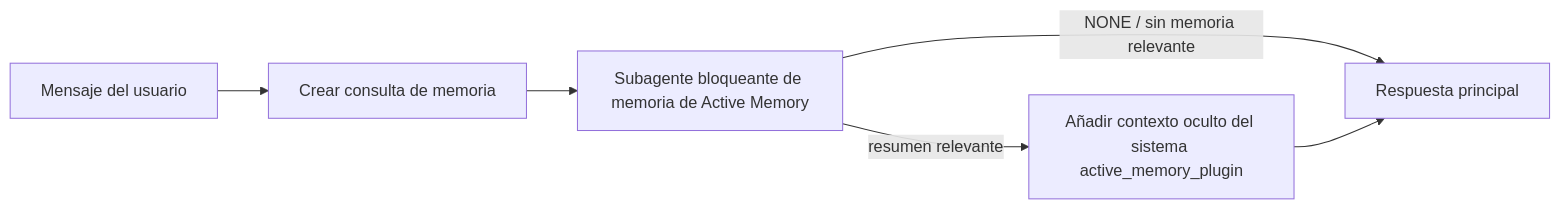
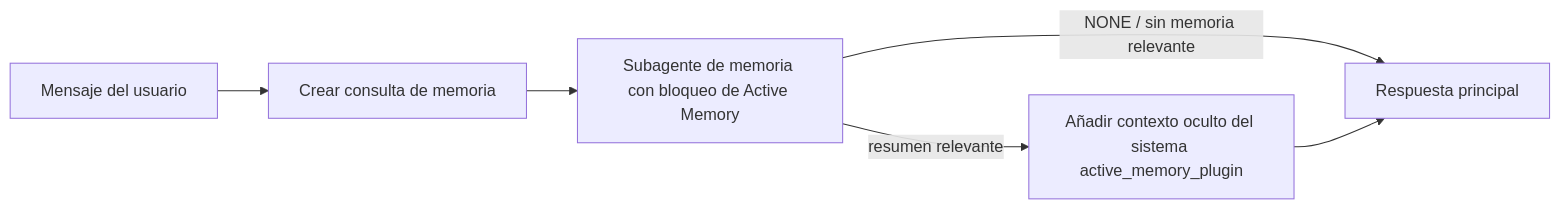
The diagram in openclaw-docs/es/concepts/active-memory.md (is0383kk/ai-docs-sync-workflow), drawn with Mermaid before and after one commit. The commit also changed other lines of this file and 11096 other files, not shown here.

````diff
--- a/openclaw-docs/es/concepts/active-memory.md
+++ b/openclaw-docs/es/concepts/active-memory.md
@@ -83,8 +133,8 @@
 ```mermaid
 flowchart LR
   U["Mensaje del usuario"] --> Q["Crear consulta de memoria"]
-  Q --> R["Subagente bloqueante de memoria de Active Memory"]
+  Q --> R["Subagente de memoria con bloqueo de Active Memory"]
   R -->|NONE / sin memoria relevante| M["Respuesta principal"]
   R -->|resumen relevante| I["Añadir contexto oculto del sistema active_memory_plugin"]
   I --> M["Respuesta principal"]
 ```
````
